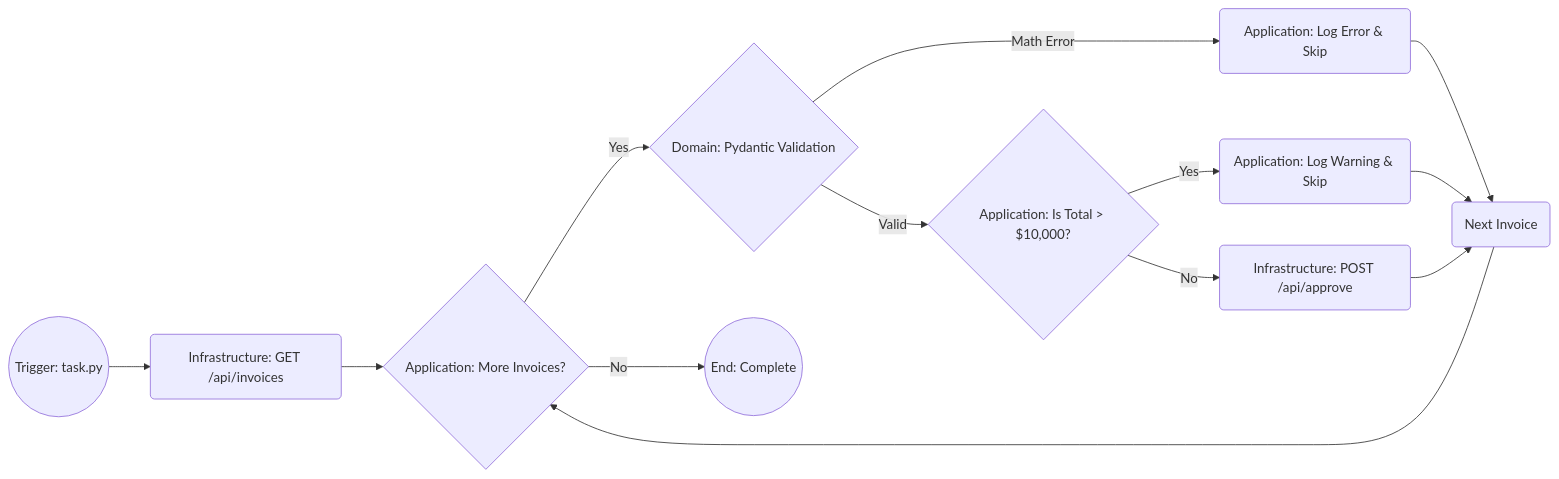
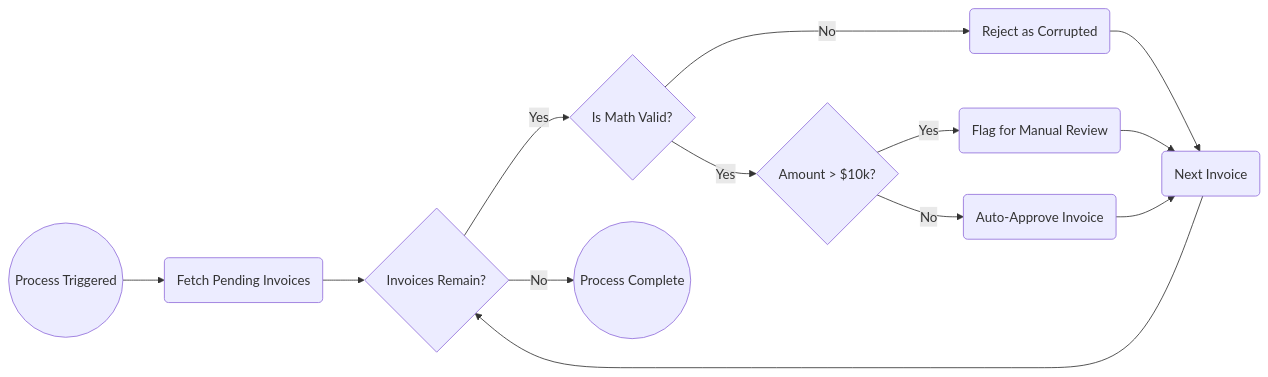
Before and after one commit to 21010/ae-workshop-invoice-processing: the diagram in README.md, drawn with Mermaid.

Commit message:
chore: auto-sync project sandbox from private main repo

````diff
--- a/README.md
+++ b/README.md
@@ -97,15 +97,15 @@
    ```mermaid
    flowchart LR
-       Start((Trigger: task.py)) --> Fetch(Infrastructure: GET /api/invoices)
-       Fetch --> Loop{Application: More Invoices?}
-       Loop -- Yes --> Validate{Domain: Pydantic Validation}
-       Loop -- No --> End((End: Complete))
-       Validate -- Math Error --> Reject(Application: Log Error & Skip)
-       Validate -- Valid --> CheckAmount{Application: Is Total > $10,000?}
-       CheckAmount -- Yes --> Manual(Application: Log Warning & Skip)
-       CheckAmount -- No --> Approve(Infrastructure: POST /api/approve)
+       Start((Process Triggered)) --> Fetch(Fetch Pending Invoices)
+       Fetch --> Loop{Invoices Remain?}
+       Loop -- Yes --> Validate{Is Math Valid?}
+       Loop -- No --> End((Process Complete))
+       Validate -- No --> Reject(Reject as Corrupted)
+       Validate -- Yes --> CheckAmount{Amount > $10k?}
+       CheckAmount -- Yes --> Manual(Flag for Manual Review)
+       CheckAmount -- No --> Approve(Auto-Approve Invoice)
        Reject --> Next(Next Invoice)
        Manual --> Next
        Approve --> Next
        Next --> Loop
    ```
````
